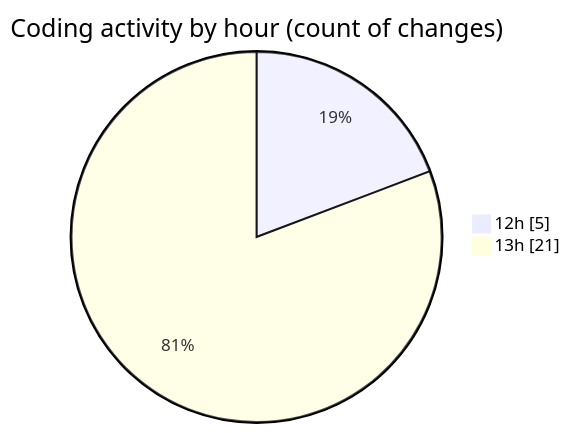
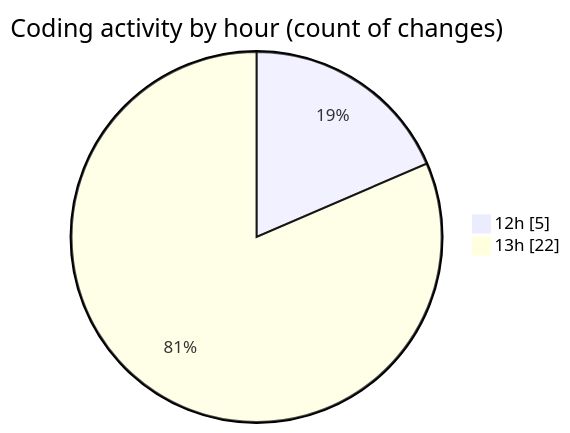
One commit to MatusMokan/code-tracking changed the second of 2 diagrams in 2025-04-19/myws__workspace_/README.md. Above: the diagram before and after it, drawn with Mermaid. The commit also changed other lines of this file and 1 other file, not shown here.

````diff
--- a/2025-04-19/myws__workspace_/README.md
+++ b/2025-04-19/myws__workspace_/README.md
@@ -31,6 +31,6 @@
 ```mermaid
 pie showData
 title Coding activity by hour (count of changes)
 "12h" : 5
-"13h" : 21
+"13h" : 22
 ```
````
